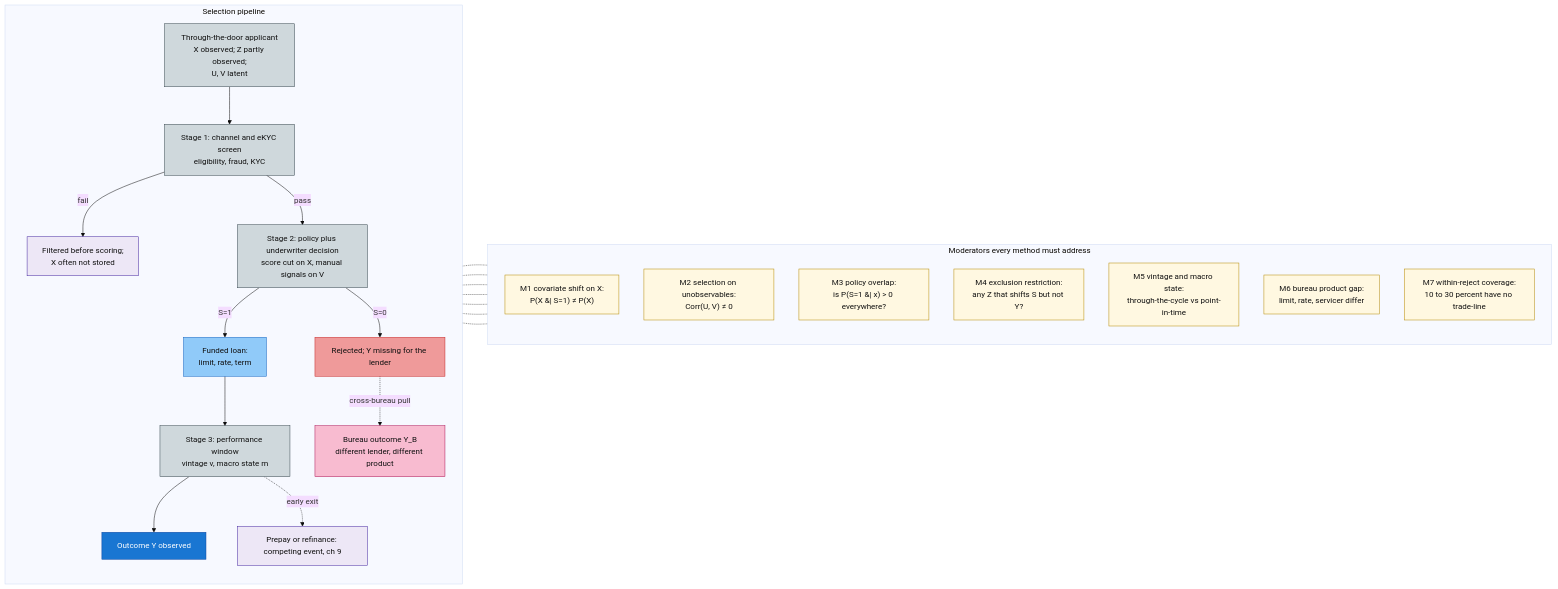
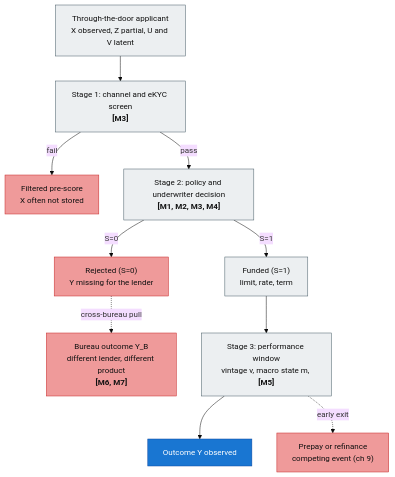
One commit to mikenguyen13/credit_score changed the first of 2 diagrams in book/chapters/10-reject-inference.qmd. Above: the diagram before and after it, drawn with Mermaid (base theme).

Commit message:
ch10: simplify selection-roadmap mermaid to single TD funnel
Two-subgraph LR layout with seven dotted moderator edges replaced by a
single top-down funnel. Moderators inline as [Mx] tags on the stage they
bind to, with full definitions moved into the figure caption.

````diff
--- a/book/chapters/10-reject-inference.qmd
+++ b/book/chapters/10-reject-inference.qmd
@@ -142,55 +142,29 @@
 ```{mermaid}
 %%| label: fig-ch10-selection-roadmap
-%%| fig-cap: "Selection pipeline (left) and the moderators every reject inference method has to take a position on (right). The applicant flows through screening, an underwriter decision, funding, and a performance window before $Y$ is observed. Bias enters at the underwriter stage as covariate shift on $X$ (M1), selection on unobservables that also drive default (M2), thin policy overlap (M3), and the availability of an exclusion restriction (M4); at the performance window as vintage and macro distortion of the observed default rate (M5); and at the bureau-surrogate step as product mismatch (M6) and within-reject coverage gaps (M7). Subsequent sections take the moderators one at a time."
-flowchart LR
-    classDef stage fill:#cfd8dc,stroke:#37474f,color:#111;
-    classDef accept fill:#90caf9,stroke:#1565c0,color:#111;
-    classDef reject fill:#ef9a9a,stroke:#c62828,color:#111;
-    classDef obs fill:#1976d2,stroke:#0d47a1,color:#fff;
-    classDef bureau fill:#f8bbd0,stroke:#ad1457,color:#111;
-    classDef latent fill:#ede7f6,stroke:#4527a0,color:#111;
-    classDef mod fill:#fff8e1,stroke:#b58900,color:#111;
+%%| fig-cap: "Selection pipeline as a funnel from through-the-door applicant to observed outcome $Y$. Stages carry the moderators that bind there: M1 covariate shift on $X$ ($P(X \\mid S{=}1) \\neq P(X)$); M2 selection on unobservables ($\\mathrm{Corr}(U,V) \\neq 0$); M3 policy overlap ($P(S{=}1 \\mid x) > 0$ everywhere); M4 exclusion restriction (a $Z$ that shifts $S$ but not $Y$); M5 vintage and macro state (through-the-cycle versus point-in-time); M6 bureau product gap (limit, rate, servicer differ from the lender's product); M7 within-reject coverage (10 to 30 percent of rejects have no bureau trade-line). Red nodes mark paths where $Y$ is missing for the lender. Subsequent sections take the moderators one at a time."
+flowchart TD
+    classDef stage fill:#eceff1,stroke:#455a64,color:#111;
+    classDef obs   fill:#1976d2,stroke:#0d47a1,color:#fff;
+    classDef miss  fill:#ef9a9a,stroke:#c62828,color:#111;
 
-    subgraph Pipe["Selection pipeline"]
-        direction TB
-        A["Through-the-door applicant<br/>X observed; Z partly observed;<br/>U, V latent"]:::stage
-        S1["Stage 1: channel and eKYC screen<br/>eligibility, fraud, KYC"]:::stage
-        LOST["Filtered before scoring;<br/>X often not stored"]:::latent
-        S2["Stage 2: policy plus underwriter decision<br/>score cut on X, manual signals on V"]:::stage
-        ACC["Funded loan:<br/>limit, rate, term"]:::accept
-        REJ["Rejected; Y missing for the lender"]:::reject
-        PW["Stage 3: performance window<br/>vintage v, macro state m"]:::stage
-        Y["Outcome Y observed"]:::obs
-        PRP["Prepay or refinance: competing event, ch 9"]:::latent
-        YB["Bureau outcome Y_B<br/>different lender, different product"]:::bureau
+    A["Through-the-door applicant<br/>X observed, Z partial, U and V latent"]:::stage
+    S1["Stage 1: channel and eKYC screen<br/><b>[M3]</b>"]:::stage
+    L1["Filtered pre-score<br/>X often not stored"]:::miss
+    S2["Stage 2: policy and underwriter decision<br/><b>[M1, M2, M3, M4]</b>"]:::stage
+    REJ["Rejected (S=0)<br/>Y missing for the lender"]:::miss
+    YB["Bureau outcome Y_B<br/>different lender, different product<br/><b>[M6, M7]</b>"]:::miss
+    ACC["Funded (S=1)<br/>limit, rate, term"]:::stage
+    PW["Stage 3: performance window<br/>vintage v, macro state m, <b>[M5]</b>"]:::stage
+    PRP["Prepay or refinance<br/>competing event (ch 9)"]:::miss
+    Y["Outcome Y observed"]:::obs
 
-        A --> S1
-        S1 -->|fail| LOST
-        S1 -->|pass| S2
-        S2 -->|"S=1"| ACC
-        S2 -->|"S=0"| REJ
-        ACC --> PW
-        PW --> Y
-        PW -.->|early exit| PRP
-        REJ -.->|cross-bureau pull| YB
-    end
-
-    subgraph Mods["Moderators every method must address"]
-        direction TB
-        M1["M1 covariate shift on X:<br/>P(X &#124; S=1) ≠ P(X)"]:::mod
-        M2["M2 selection on unobservables:<br/>Corr(U, V) ≠ 0"]:::mod
-        M3["M3 policy overlap:<br/>is P(S=1 &#124; x) > 0 everywhere?"]:::mod
-        M4["M4 exclusion restriction:<br/>any Z that shifts S but not Y?"]:::mod
-        M5["M5 vintage and macro state:<br/>through-the-cycle vs point-in-time"]:::mod
-        M6["M6 bureau product gap:<br/>limit, rate, servicer differ"]:::mod
-        M7["M7 within-reject coverage:<br/>10 to 30 percent have no trade-line"]:::mod
-    end
-
-    S2 -.- M1
-    S2 -.- M2
-    S2 -.- M3
-    S2 -.- M4
-    PW -.- M5
-    YB -.- M6
-    YB -.- M7
+    A --> S1
+    S1 -->|fail| L1
+    S1 -->|pass| S2
+    S2 -->|S=0| REJ
+    S2 -->|S=1| ACC
+    REJ -.->|cross-bureau pull| YB
+    ACC --> PW
+    PW --> Y
+    PW -.->|early exit| PRP
 ```
````
